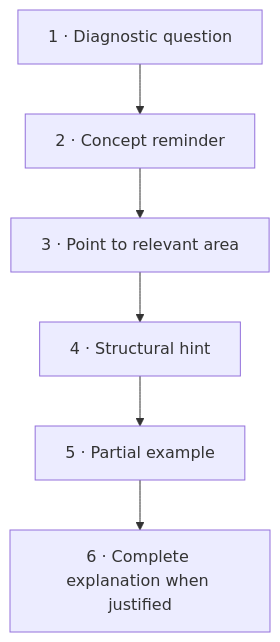
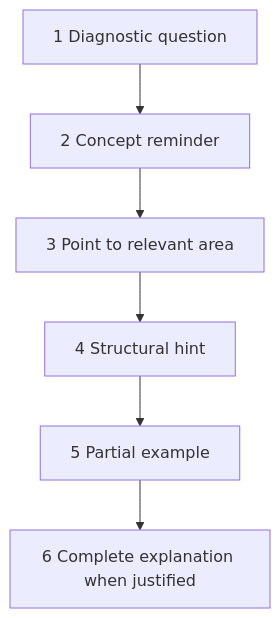
The eighth of 16 diagrams in README.md (Modern-Ash/agorix), drawn with Mermaid before and after one commit. The commit also changed other lines of this file, not shown here.

Commit message:
docs: make Mermaid diagrams GitHub-safe

````diff
--- a/README.md
+++ b/README.md
@@ -362,8 +349,8 @@
 ```mermaid
 flowchart TD
-    L1["1 · Diagnostic question"] --> L2["2 · Concept reminder"]
-    L2 --> L3["3 · Point to relevant area"]
-    L3 --> L4["4 · Structural hint"]
-    L4 --> L5["5 · Partial example"]
-    L5 --> L6["6 · Complete explanation when justified"]
+    L1[1 Diagnostic question] --> L2[2 Concept reminder]
+    L2 --> L3[3 Point to relevant area]
+    L3 --> L4[4 Structural hint]
+    L4 --> L5[5 Partial example]
+    L5 --> L6[6 Complete explanation when justified]
 ```
````
